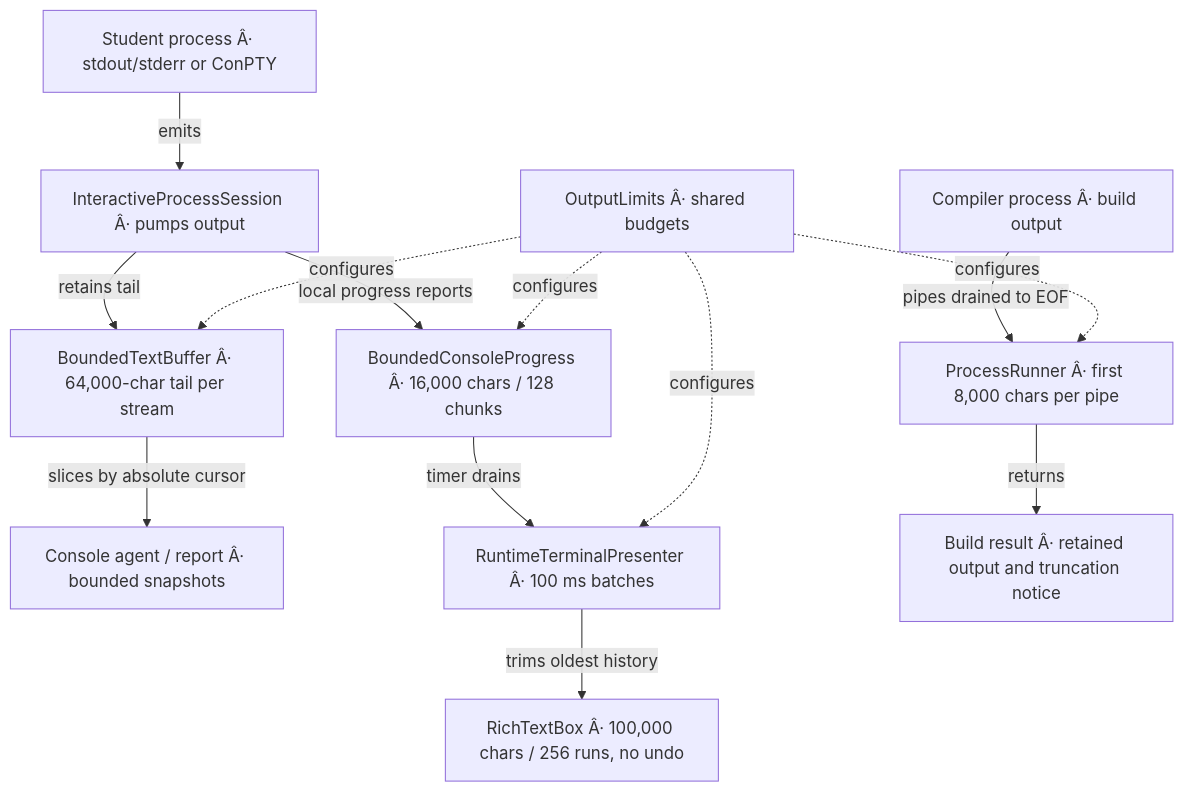
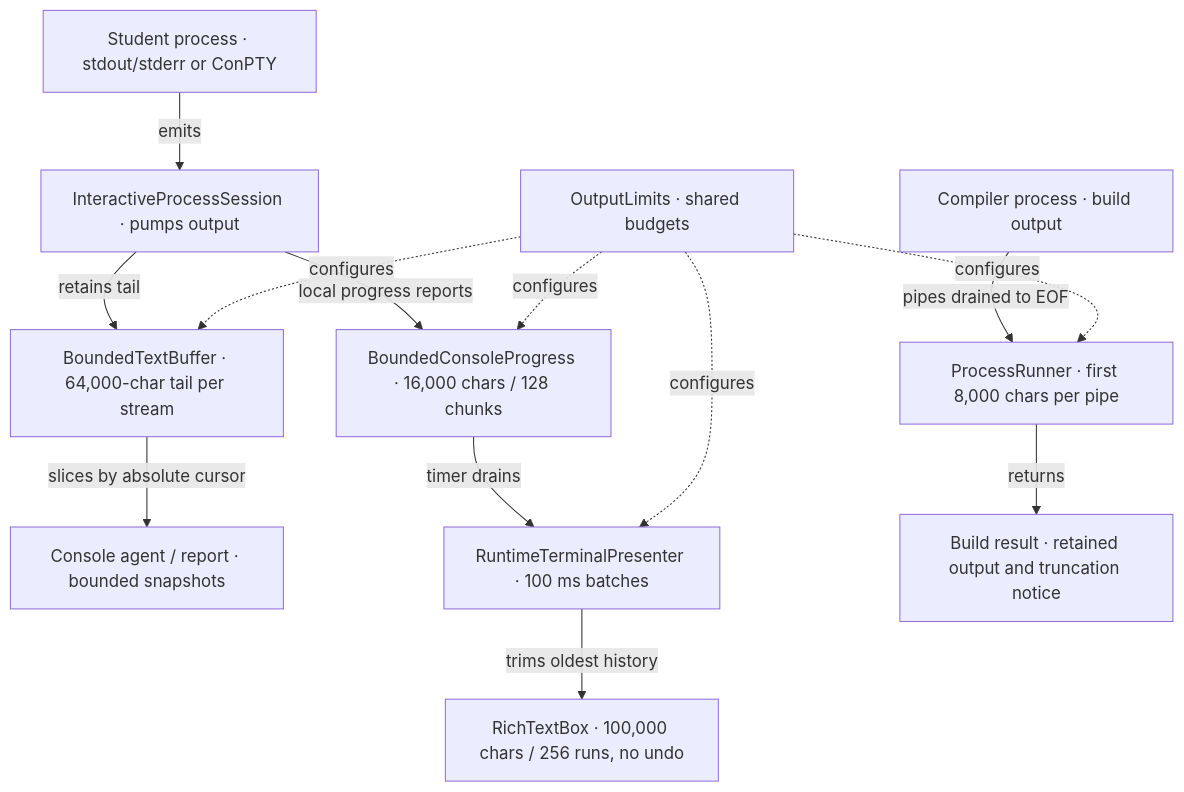
The third of 7 diagrams in KNOWLEDGE_GRAPH.md (signalnotnoise/GuidedGrade), drawn with Mermaid before and after one commit. The commit also changed other lines of this file and 10 other files, not shown here.

````diff
--- a/KNOWLEDGE_GRAPH.md
+++ b/KNOWLEDGE_GRAPH.md
@@ -99,26 +99,26 @@
 ```mermaid
 flowchart TD
-    Child["Student process Â· stdout/stderr or ConPTY"]
-    Capture["InteractiveProcessSession Â· pumps output"]
-    Ring["BoundedTextBuffer Â· 64,000-char tail per stream"]
-    Agent["Console agent / report Â· bounded snapshots"]
-    Mail["BoundedConsoleProgress Â· 16,000 chars / 128 chunks"]
-    Render["RuntimeTerminalPresenter Â· 100 ms batches"]
-    Doc["RichTextBox Â· 100,000 chars / 256 runs, no undo"]
-    Compiler["Compiler process Â· build output"]
-    Build["ProcessRunner Â· first 8,000 chars per pipe"]
-    BuildReport["Build result Â· retained output and truncation notice"]
-    Limits["OutputLimits Â· shared budgets"]
+    Child["Student process · stdout/stderr or ConPTY"]
+    Capture["InteractiveProcessSession · pumps output"]
+    Ring["BoundedTextBuffer · 64,000-char tail per stream"]
+    Agent["Console agent / report · bounded snapshots"]
+    Mail["BoundedConsoleProgress · 16,000 chars / 128 chunks"]
+    Render["RuntimeTerminalPresenter · 100 ms batches"]
+    Doc["RichTextBox · 100,000 chars / 256 runs, no undo"]
+    Compiler["Compiler process · build output"]
+    Build["ProcessRunner · first 8,000 chars per pipe"]
+    BuildReport["Build result · retained output and truncation notice"]
+    Limits["OutputLimits · shared budgets"]
     Child -->|emits| Capture
     Capture -->|retains tail| Ring
     Ring -->|slices by absolute cursor| Agent
     Capture -->|local progress reports| Mail
     Mail -->|timer drains| Render
     Render -->|trims oldest history| Doc
     Compiler -->|pipes drained to EOF| Build
     Build -->|returns| BuildReport
     Limits -.->|configures| Ring
     Limits -.->|configures| Mail
     Limits -.->|configures| Render
     Limits -.->|configures| Build
 ```
````
